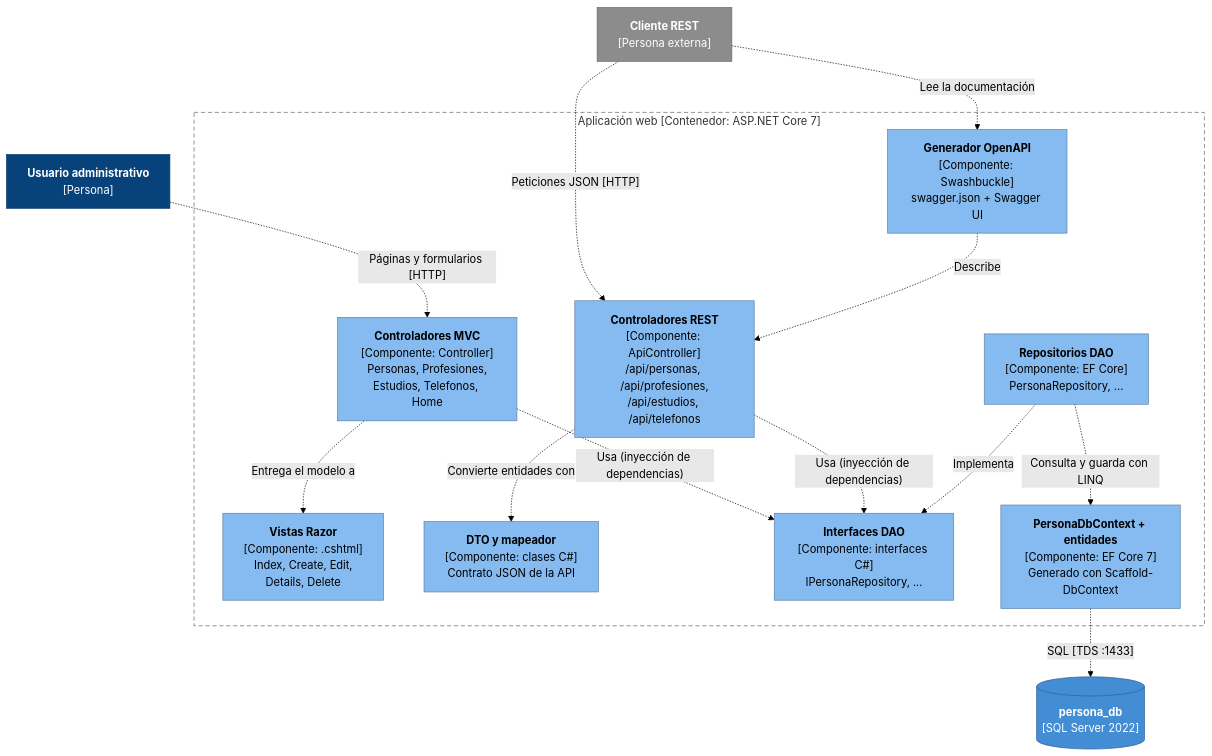
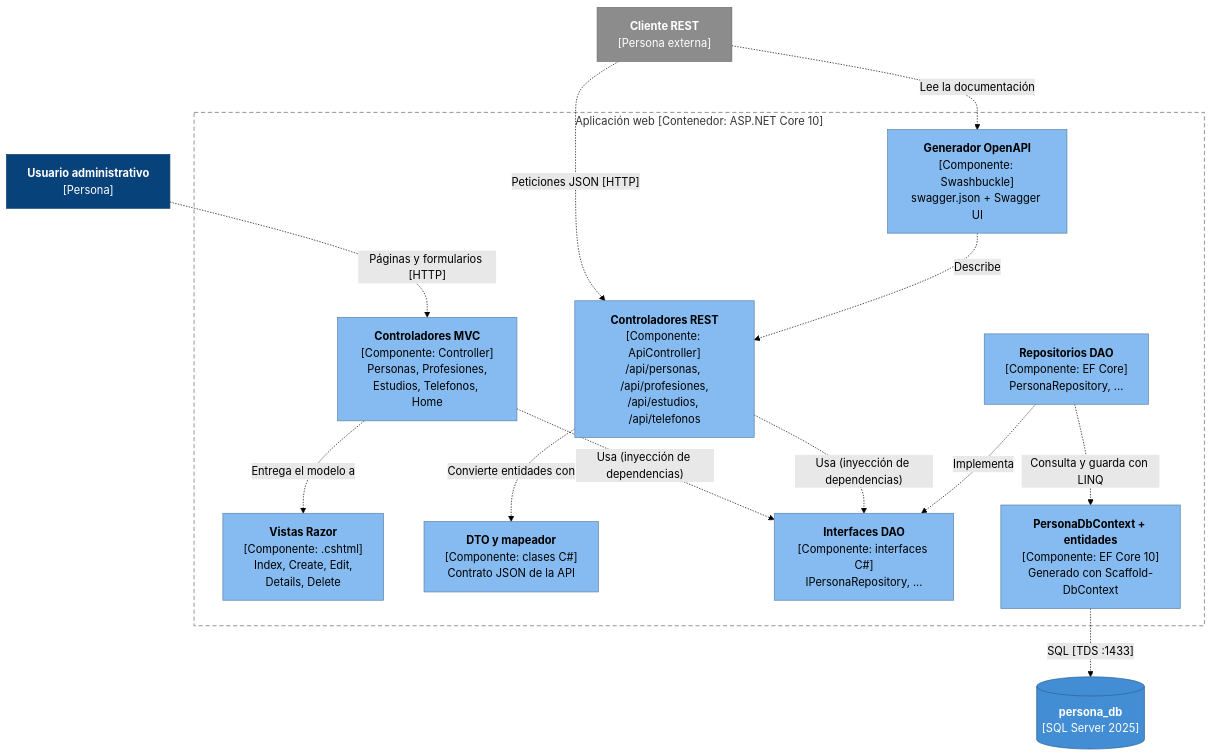
The third of 6 diagrams in docs/arquitectura-c4.md (KatheBravo/personapi-dotnet), drawn with Mermaid (forest theme) before and after one commit. The commit also changed other lines of this file and 2 other files, not shown here.

First line of the commit message:
docs: versiones actualizadas en README y diagramas C4

````diff
--- a/docs/arquitectura-c4.md
+++ b/docs/arquitectura-c4.md
@@ -74,39 +74,39 @@
 ```mermaid
 flowchart TB
     usuario["<b>Usuario administrativo</b><br/>[Persona]"]
     cliente["<b>Cliente REST</b><br/>[Persona externa]"]
 
-    subgraph web ["Aplicación web [Contenedor: ASP.NET Core 7]"]
+    subgraph web ["Aplicación web [Contenedor: ASP.NET Core 10]"]
         mvc["<b>Controladores MVC</b><br/>[Componente: Controller]<br/>Personas, Profesiones,<br/>Estudios, Telefonos, Home"]
         vistas["<b>Vistas Razor</b><br/>[Componente: .cshtml]<br/>Index, Create, Edit,<br/>Details, Delete"]
         api["<b>Controladores REST</b><br/>[Componente: ApiController]<br/>/api/personas, /api/profesiones,<br/>/api/estudios, /api/telefonos"]
         dto["<b>DTO y mapeador</b><br/>[Componente: clases C#]<br/>Contrato JSON de la API"]
         swagger["<b>Generador OpenAPI</b><br/>[Componente: Swashbuckle]<br/>swagger.json + Swagger UI"]
         idao["<b>Interfaces DAO</b><br/>[Componente: interfaces C#]<br/>IPersonaRepository, ..."]
         repo["<b>Repositorios DAO</b><br/>[Componente: EF Core]<br/>PersonaRepository, ..."]
-        ctx["<b>PersonaDbContext + entidades</b><br/>[Componente: EF Core 7]<br/>Generado con Scaffold-DbContext"]
+        ctx["<b>PersonaDbContext + entidades</b><br/>[Componente: EF Core 10]<br/>Generado con Scaffold-DbContext"]
     end
-    db[("<b>persona_db</b><br/>[SQL Server 2022]")]
+    db[("<b>persona_db</b><br/>[SQL Server 2025]")]
 
     usuario -. "Páginas y formularios [HTTP]" .-> mvc
     cliente -. "Peticiones JSON [HTTP]" .-> api
     cliente -. "Lee la documentación" .-> swagger
     mvc -. "Entrega el modelo a" .-> vistas
     api -. "Convierte entidades con" .-> dto
     swagger -. "Describe" .-> api
     mvc -. "Usa (inyección de dependencias)" .-> idao
     api -. "Usa (inyección de dependencias)" .-> idao
     repo -. "Implementa" .-> idao
     repo -. "Consulta y guarda con LINQ" .-> ctx
     ctx -. "SQL [TDS :1433]" .-> db
 
     classDef persona fill:#08427B,stroke:#073B6F,color:#fff
     classDef externo fill:#8C8C8C,stroke:#6B6B6B,color:#fff
     classDef componente fill:#85BBF0,stroke:#5D82A8,color:#000
     classDef contenedor fill:#438DD5,stroke:#2E6295,color:#fff
     class usuario persona
     class cliente externo
     class mvc,vistas,api,dto,swagger,idao,repo,ctx componente
     class db contenedor
     style web fill:#ffffff,stroke:#666666,stroke-dasharray:6 4
 ```
````
